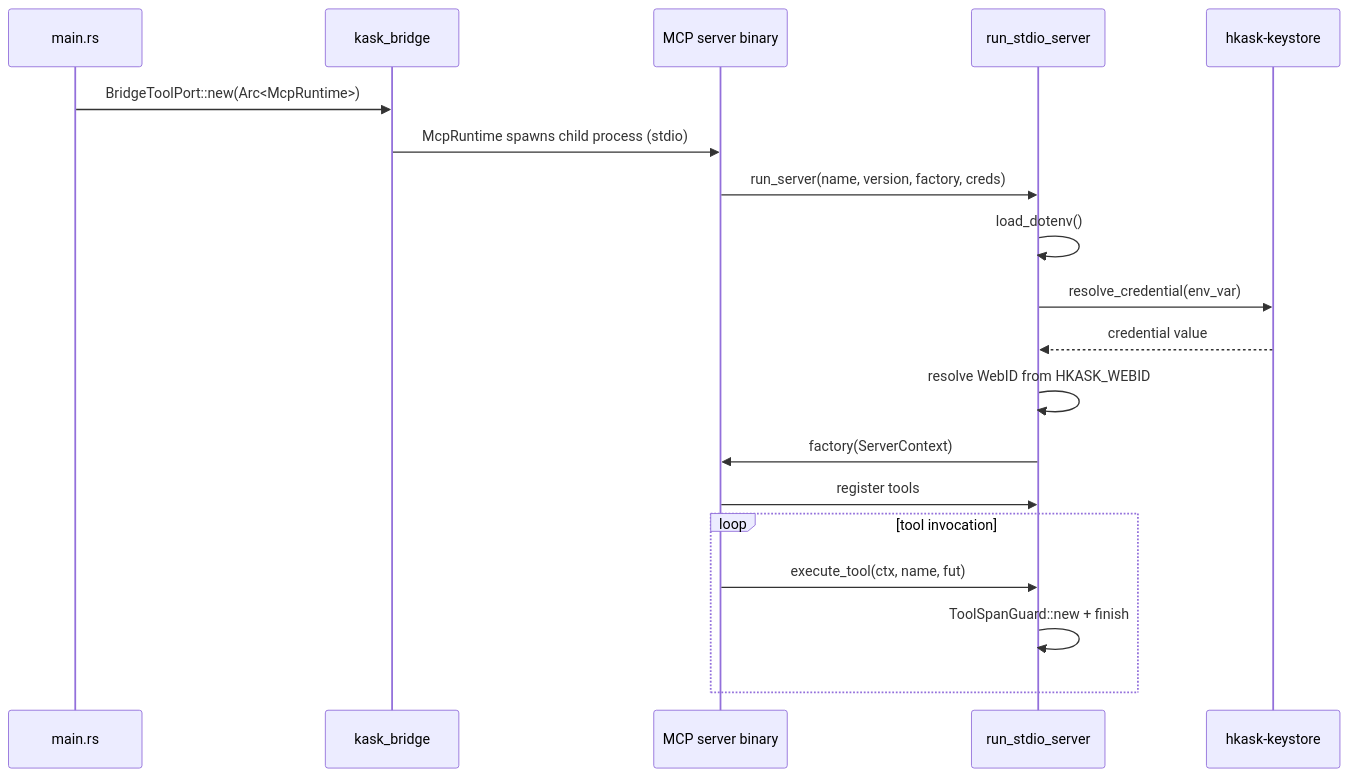
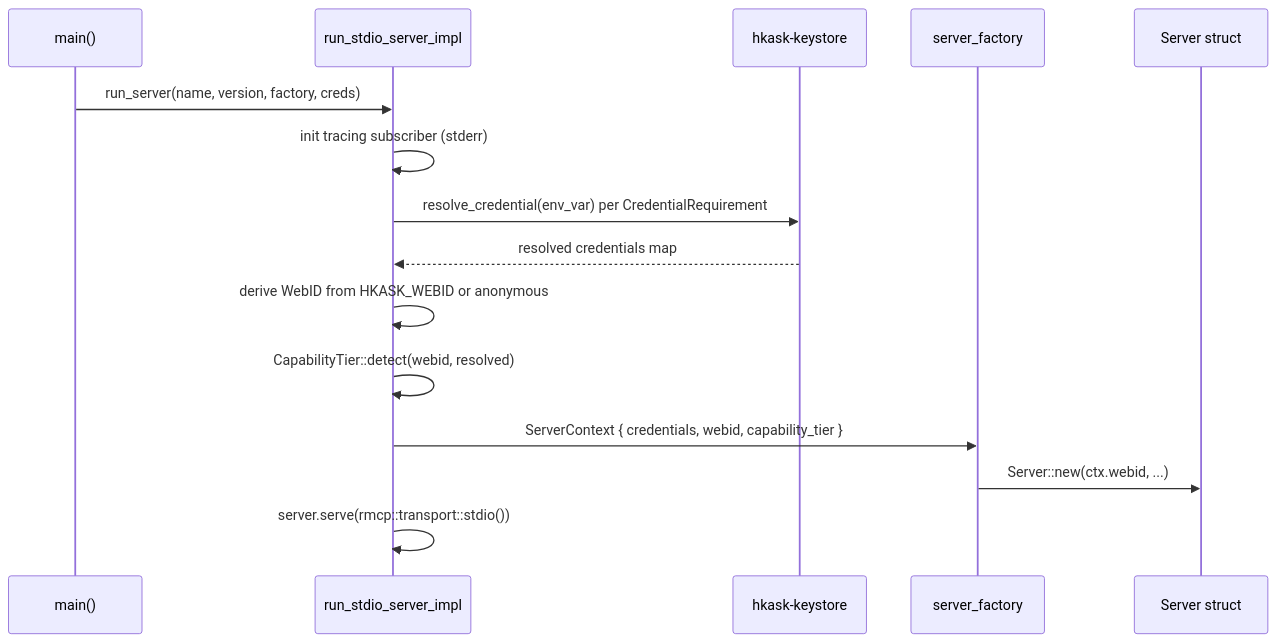
Before and after one commit to mdz-axo/zed-kask: the first of 2 diagrams in kask/docs/diataxis/hkask-mcp-server/explanation.md, drawn with Mermaid. The commit also changed other lines of this file and 41 other files, not shown here.

````diff
--- a/kask/docs/diataxis/hkask-mcp-server/explanation.md
+++ b/kask/docs/diataxis/hkask-mcp-server/explanation.md
@@ -45,22 +26,17 @@
 ```mermaid
 sequenceDiagram
-    participant Main as main.rs
-    participant Bridge as kask_bridge
-    participant Server as MCP server binary
-    participant Transport as run_stdio_server
-    participant Keystore as hkask-keystore
-
-    Main->>Bridge: BridgeToolPort::new(Arc<McpRuntime>)
-    Bridge->>Server: McpRuntime spawns child process (stdio)
-    Server->>Transport: run_server(name, version, factory, creds)
-    Transport->>Transport: load_dotenv()
-    Transport->>Keystore: resolve_credential(env_var)
-    Keystore-->>Transport: credential value
-    Transport->>Transport: resolve WebID from HKASK_WEBID
-    Transport->>Server: factory(ServerContext)
-    Server->>Transport: register tools
-    loop tool invocation
-        Server->>Transport: execute_tool(ctx, name, fut)
-        Transport->>Transport: ToolSpanGuard::new + finish
-    end
+    participant Main as main()
+    participant Boot as run_stdio_server_impl
+    participant Keys as hkask-keystore
+    participant Factory as server_factory
+    participant Server as Server struct
+    Main->>Boot: run_server(name, version, factory, creds)
+    Boot->>Boot: init tracing subscriber (stderr)
+    Boot->>Keys: resolve_credential(env_var) per CredentialRequirement
+    Keys-->>Boot: resolved credentials map
+    Boot->>Boot: derive WebID from HKASK_WEBID or anonymous
+    Boot->>Boot: CapabilityTier::detect(webid, resolved)
+    Boot->>Factory: ServerContext { credentials, webid, capability_tier }
+    Factory->>Server: Server::new(ctx.webid, ...)
+    Boot->>Boot: server.serve(rmcp::transport::stdio())
 ```
````
